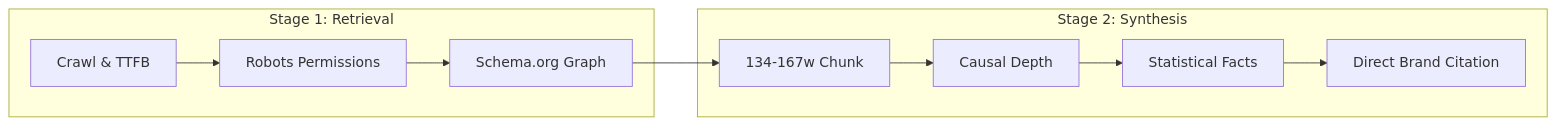
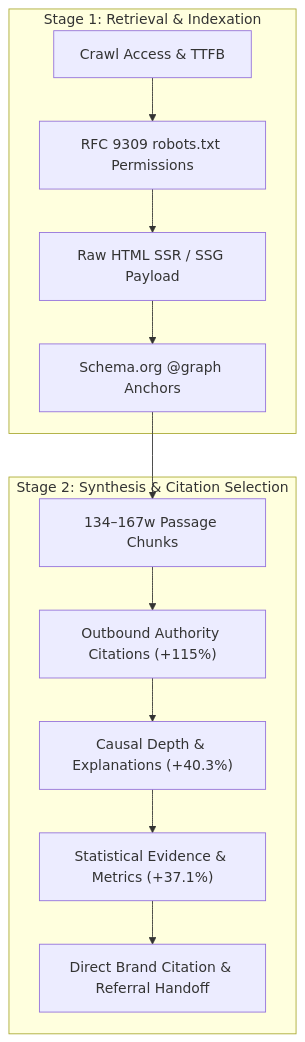
One commit to JayanthReddyKonda/adobe-brand-visibility-skill changed the diagram in docs/GEO_RESEARCH_SYNTHESIS.md. Above: the diagram before and after it, drawn with Mermaid. The commit also changed other lines of this file and 4 other files, not shown here.

````diff
--- a/docs/GEO_RESEARCH_SYNTHESIS.md
+++ b/docs/GEO_RESEARCH_SYNTHESIS.md
@@ -30,13 +34,15 @@
 ```mermaid
-graph LR
-    subgraph Stage 1: Retrieval
-    A[Crawl & TTFB] --> B[Robots Permissions]
-    B --> C[Schema.org Graph]
+graph TD
+    subgraph Stage 1: Retrieval & Indexation
+    A["Crawl Access & TTFB"] --> B["RFC 9309 robots.txt Permissions"]
+    B --> C["Raw HTML SSR / SSG Payload"]
+    C --> D["Schema.org @graph Anchors"]
     end
-    subgraph Stage 2: Synthesis
-    D[134-167w Chunk] --> E[Causal Depth]
-    E --> F[Statistical Facts]
-    F --> G[Direct Brand Citation]
+    subgraph Stage 2: Synthesis & Citation Selection
+    D --> E["134–167w Passage Chunks"]
+    E --> F["Outbound Authority Citations (+115%)"]
+    F --> G["Causal Depth & Explanations (+40.3%)"]
+    G --> H["Statistical Evidence & Metrics (+37.1%)"]
+    H --> I["Direct Brand Citation & Referral Handoff"]
     end
-    C --> D
 ```
````
